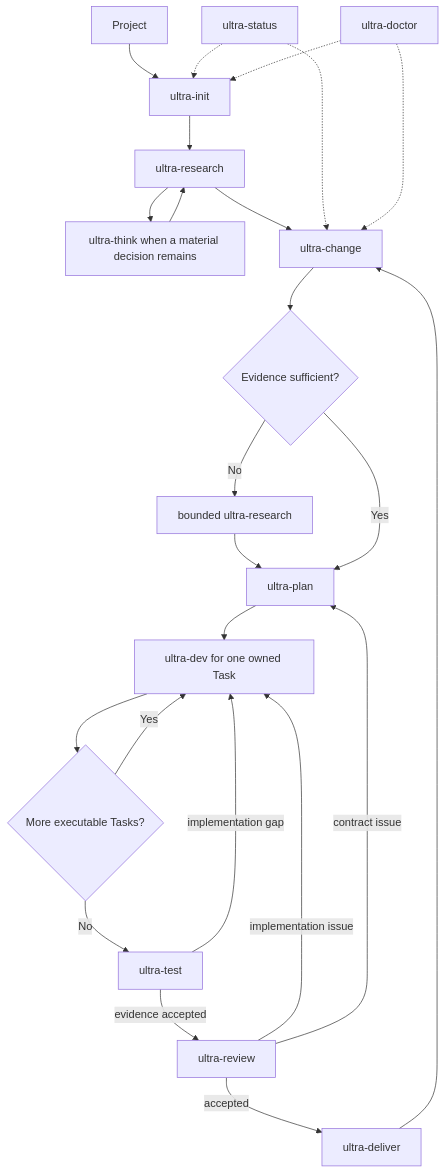
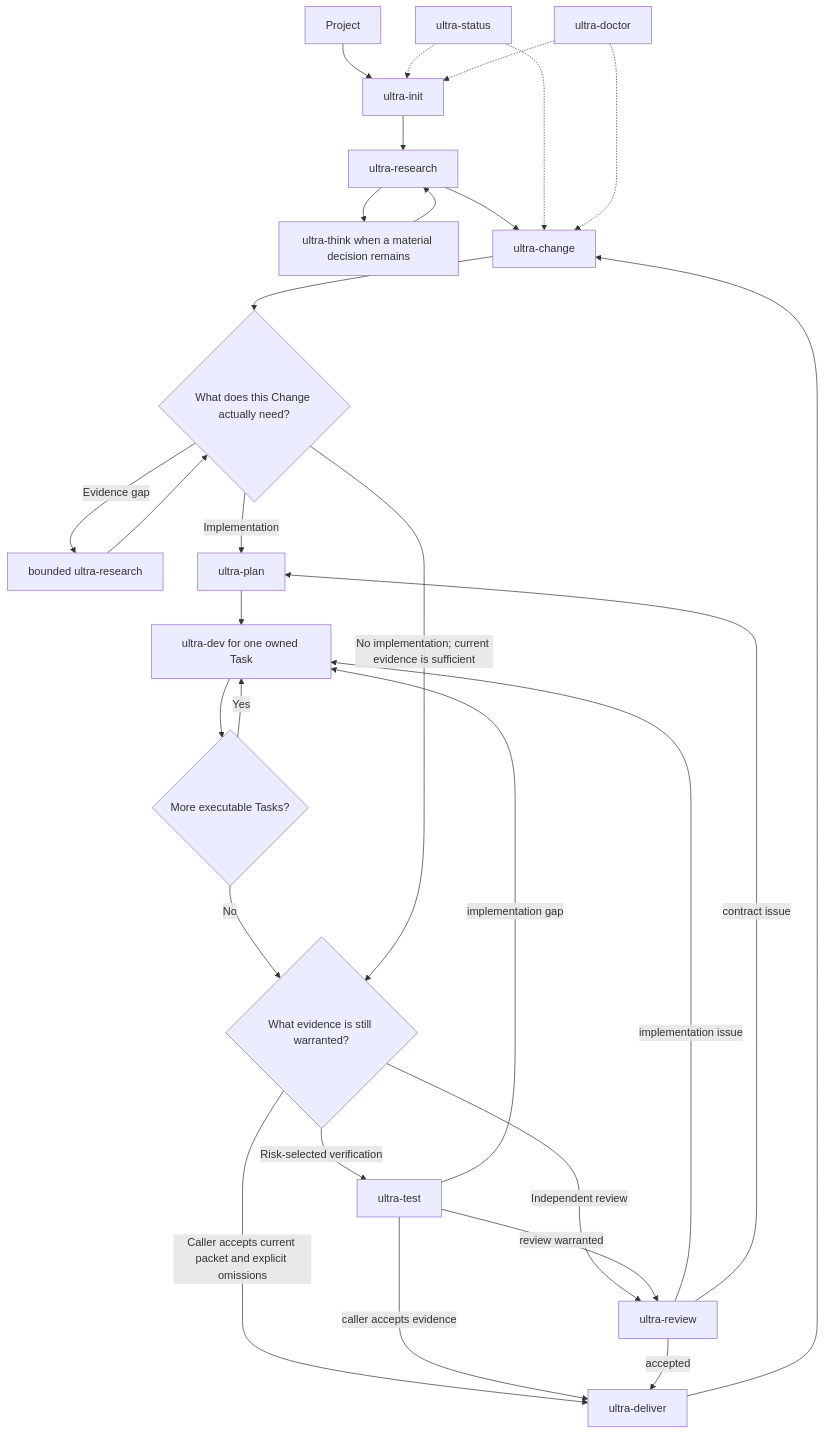
One commit to rocky2431/ultra-builder-pro-cli changed the diagram in docs/WORKFLOW-LIFECYCLE.md. Above: the diagram before and after it, drawn with Mermaid. The commit also changed other lines of this file and 33 other files, not shown here.

````diff
--- a/docs/WORKFLOW-LIFECYCLE.md
+++ b/docs/WORKFLOW-LIFECYCLE.md
@@ -11,26 +11,31 @@
 ```mermaid
 flowchart TD
     START["Project"] --> INIT["ultra-init"]
     INIT --> RESEARCH["ultra-research"]
     RESEARCH --> THINK["ultra-think when a material decision remains"]
     THINK --> RESEARCH
     RESEARCH --> CHANGE["ultra-change"]
-    CHANGE --> ROUTE{"Evidence sufficient?"}
-    ROUTE -->|"No"| CR["bounded ultra-research"]
-    CR --> PLAN["ultra-plan"]
-    ROUTE -->|"Yes"| PLAN
+    CHANGE --> ROUTE{"What does this Change actually need?"}
+    ROUTE -->|"Evidence gap"| CR["bounded ultra-research"]
+    CR --> ROUTE
+    ROUTE -->|"Implementation"| PLAN["ultra-plan"]
     PLAN --> DEV["ultra-dev for one owned Task"]
     DEV --> MORE{"More executable Tasks?"}
     MORE -->|"Yes"| DEV
-    MORE -->|"No"| TEST["ultra-test"]
+    MORE -->|"No"| ASSESS{"What evidence is still warranted?"}
+    ROUTE -->|"No implementation; current evidence is sufficient"| ASSESS
+    ASSESS -->|"Risk-selected verification"| TEST["ultra-test"]
+    ASSESS -->|"Independent review"| REVIEW["ultra-review"]
+    ASSESS -->|"Caller accepts current packet and explicit omissions"| DELIVER["ultra-deliver"]
     TEST -->|"implementation gap"| DEV
-    TEST -->|"evidence accepted"| REVIEW["ultra-review"]
+    TEST -->|"review warranted"| REVIEW
+    TEST -->|"caller accepts evidence"| DELIVER
     REVIEW -->|"implementation issue"| DEV
     REVIEW -->|"contract issue"| PLAN
-    REVIEW -->|"accepted"| DELIVER["ultra-deliver"]
+    REVIEW -->|"accepted"| DELIVER
     DELIVER --> CHANGE
     STATUS["ultra-status"] -.-> INIT
     STATUS -.-> CHANGE
     DOCTOR["ultra-doctor"] -.-> INIT
     DOCTOR -.-> CHANGE
 ```
````
